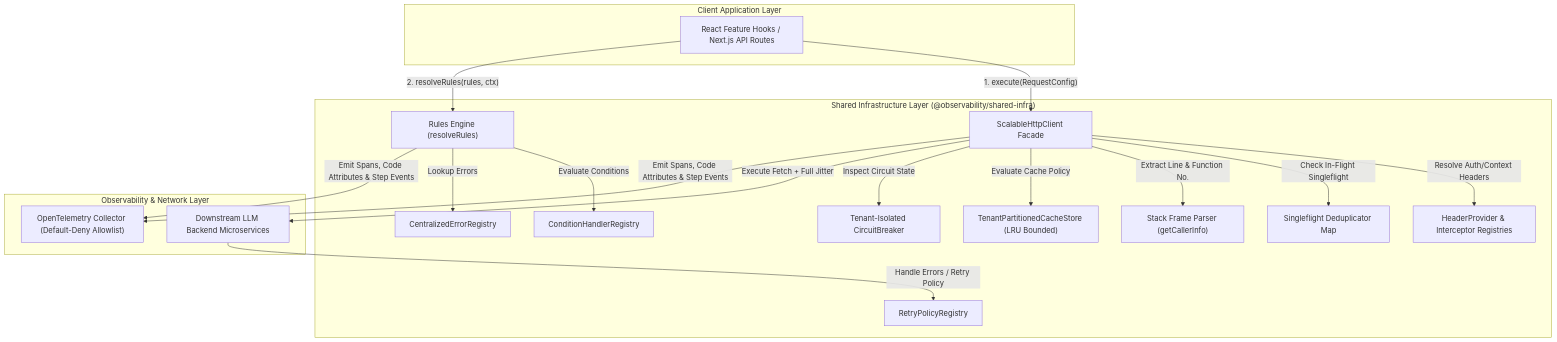
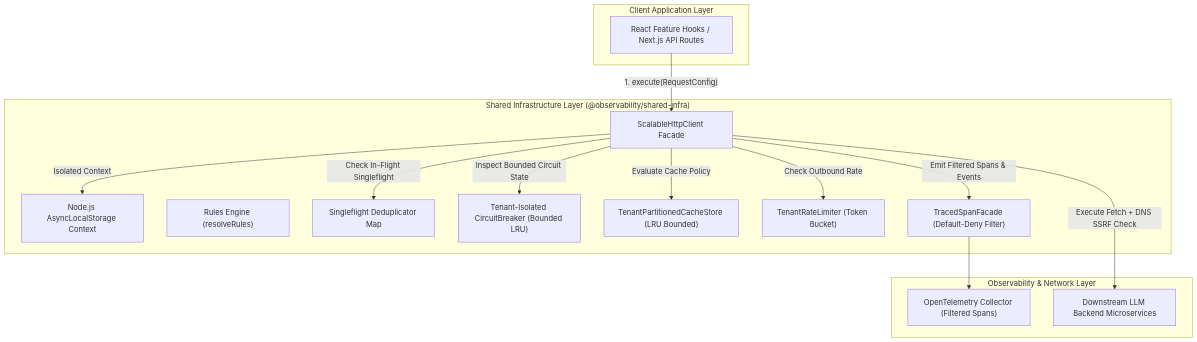
Before and after one commit to Chief-Strategist-J/llm-observability-platform: the first of 3 diagrams in packages/node/shared-infra/docs/adr/0001-scalable-resilient-telemetry-http-pipeline.md, drawn with Mermaid. The commit also changed other lines of this file and 4 other files, not shown here.

Commit message:
feat(security): refactor RequestContextHolder to AsyncLocalStorage, add real-time streaming byte limit, DNS IP SSRF validation, Bounded LRU circuit breaker, write cache invalidation, TracedSpanFacade allowlist filter, TenantRateLimiter, and update ADR 0001

````diff
--- a/packages/node/shared-infra/docs/adr/0001-scalable-resilient-telemetry-http-pipeline.md
+++ b/packages/node/shared-infra/docs/adr/0001-scalable-resilient-telemetry-http-pipeline.md
@@ -113,38 +102,32 @@
 ```mermaid
 graph TD
   subgraph ClientApp ["Client Application Layer"]
     FE["React Feature Hooks / Next.js API Routes"]
   end
 
   subgraph SharedInfra ["Shared Infrastructure Layer (@observability/shared-infra)"]
     HTTP["ScalableHttpClient Facade"]
+    ALS["Node.js AsyncLocalStorage Context"]
     RE["Rules Engine (resolveRules)"]
-    REG["HeaderProvider & Interceptor Registries"]
     SF["Singleflight Deduplicator Map"]
-    CB["Tenant-Isolated CircuitBreaker"]
+    CB["Tenant-Isolated CircuitBreaker (Bounded LRU)"]
     CACHE["TenantPartitionedCacheStore (LRU Bounded)"]
-    RETRY["RetryPolicyRegistry"]
-    COND["ConditionHandlerRegistry"]
-    ERR["CentralizedErrorRegistry"]
-    CALLER["Stack Frame Parser (getCallerInfo)"]
+    LIMIT["TenantRateLimiter (Token Bucket)"]
+    SPAN["TracedSpanFacade (Default-Deny Filter)"]
   end
 
   subgraph ObsNet ["Observability & Network Layer"]
-    OTEL["OpenTelemetry Collector (Default-Deny Allowlist)"]
+    OTEL["OpenTelemetry Collector (Filtered Spans)"]
     NET["Downstream LLM Backend Microservices"]
   end
 
   FE -->|"1. execute(RequestConfig)"| HTTP
-  FE -->|"2. resolveRules(rules, ctx)"| RE
-  HTTP -->|"Resolve Auth/Context Headers"| REG
+  HTTP -->|"Isolated Context"| ALS
+  HTTP -->|"Check Outbound Rate"| LIMIT
   HTTP -->|"Check In-Flight Singleflight"| SF
-  HTTP -->|"Extract Line & Function No."| CALLER
   HTTP -->|"Evaluate Cache Policy"| CACHE
-  HTTP -->|"Inspect Circuit State"| CB
-  HTTP -->|"Execute Fetch + Full Jitter"| NET
-  NET -->|"Handle Errors / Retry Policy"| RETRY
-  RE -->|"Evaluate Conditions"| COND
-  RE -->|"Lookup Errors"| ERR
-  HTTP -->|"Emit Spans, Code Attributes & Step Events"| OTEL
-  RE -->|"Emit Spans, Code Attributes & Step Events"| OTEL
+  HTTP -->|"Inspect Bounded Circuit State"| CB
+  HTTP -->|"Execute Fetch + DNS SSRF Check"| NET
+  HTTP -->|"Emit Filtered Spans & Events"| SPAN
+  SPAN --> OTEL
 ```
````
